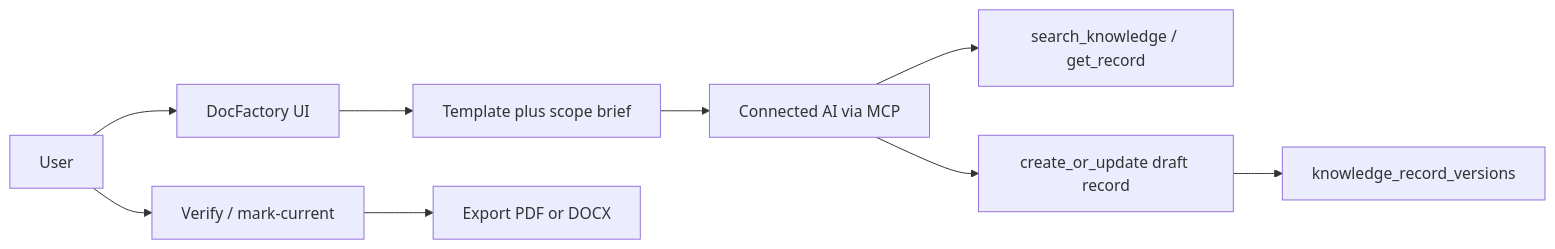
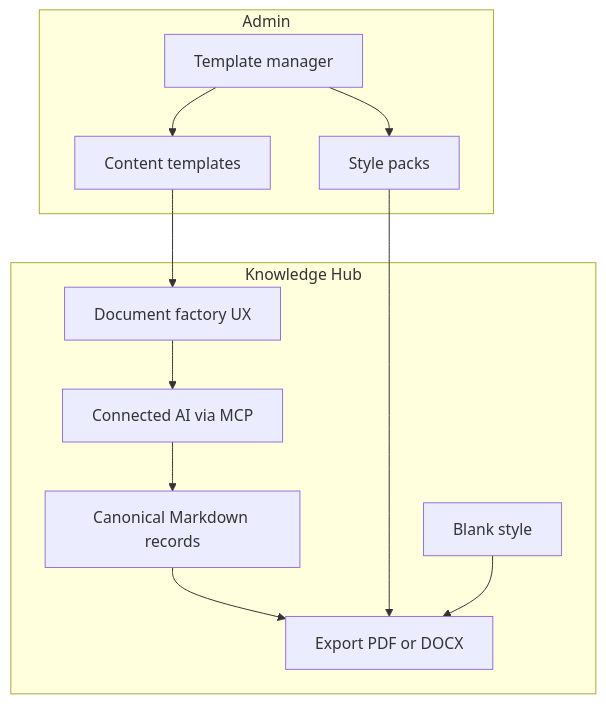
The diagram in docs/product/DOC_FACTORY.md (frankbootmaker/project-knowledge-hub), drawn with Mermaid before and after one commit. The commit also changed other lines of this file and 1 other file, not shown here.

First line of the commit message:
Expand Doc Factory brief with style packs and Admin templates.

````diff
--- a/docs/product/DOC_FACTORY.md
+++ b/docs/product/DOC_FACTORY.md
@@ -13,11 +19,18 @@
 ```mermaid
-flowchart LR
-  user[User] --> ui[DocFactory UI]
-  ui --> brief[Template plus scope brief]
-  brief --> agent[Connected AI via MCP]
-  agent --> search[search_knowledge / get_record]
-  agent --> write[create_or_update draft record]
-  write --> versions[knowledge_record_versions]
-  user --> review[Verify / mark-current]
-  review --> export[Export PDF or DOCX]
+flowchart TB
+  subgraph admin [Admin]
+    tm[Template manager]
+    tm --> ct[Content templates]
+    tm --> sp[Style packs]
+  end
+  subgraph hub [Knowledge Hub]
+    md[Canonical Markdown records]
+    df[Document factory UX]
+    ct --> df
+    df --> agent[Connected AI via MCP]
+    agent --> md
+    md --> export[Export PDF or DOCX]
+    sp --> export
+    blank[Blank style] --> export
+  end
 ```
````
